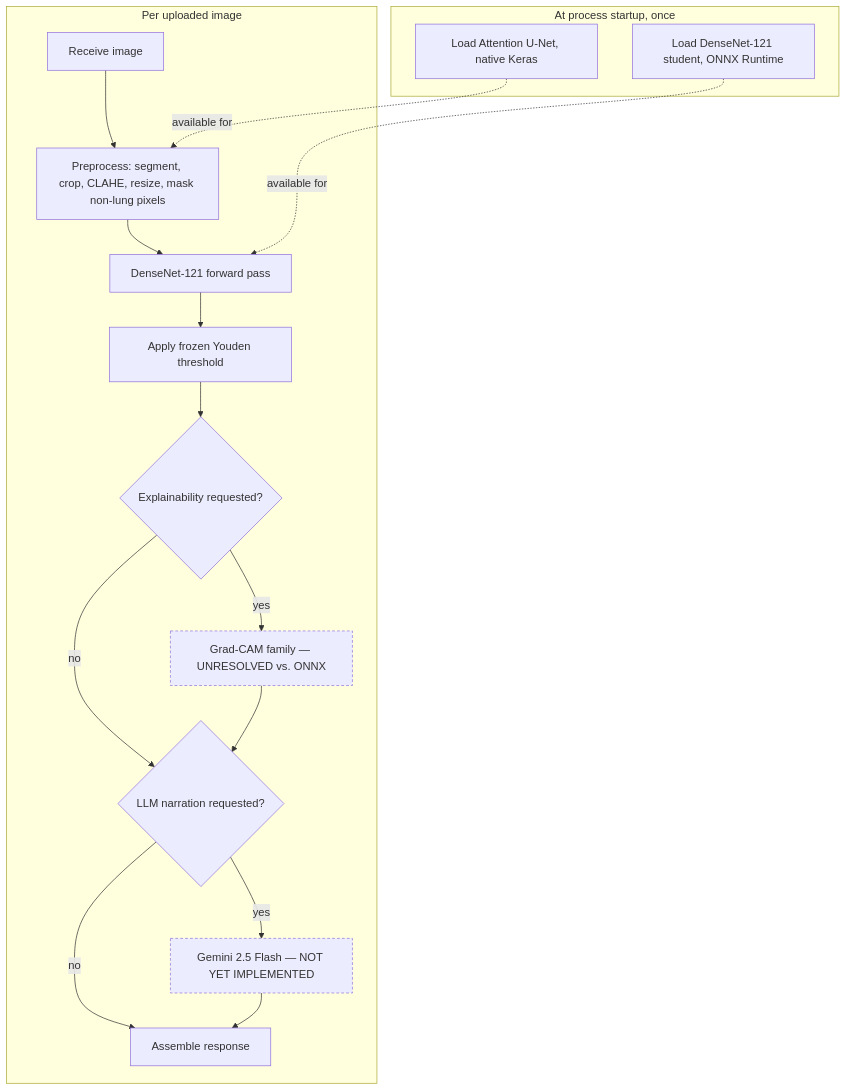
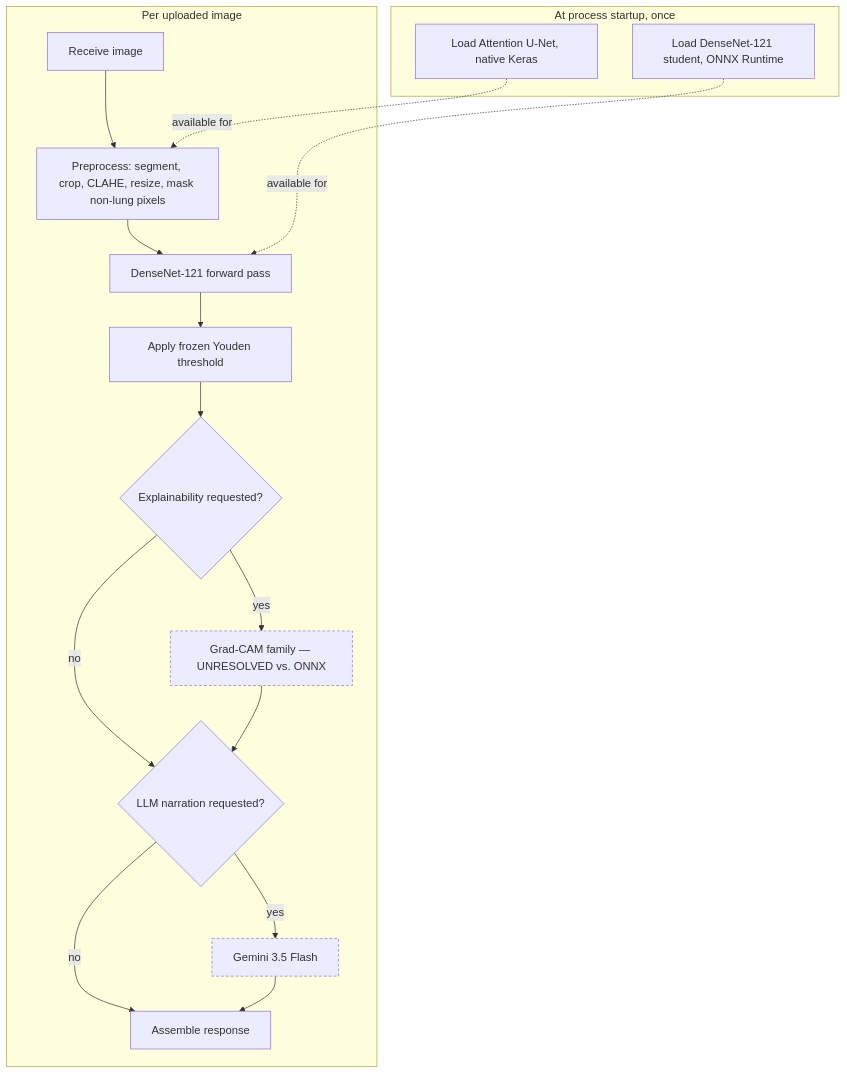
Before and after one commit to SoujanyaDasRoy/Nirik: the fourth of 6 diagrams in docs/architecture.md, drawn with Mermaid. The commit also changed other lines of this file, not shown here.

Commit message:
Update ARCHITECTURE.md: replace Gemini 2.5 Flash references with Gemini 3.5 Flash and mark LLM as implemented

````diff
--- a/docs/architecture.md
+++ b/docs/architecture.md
@@ -331,26 +331,26 @@
 ```mermaid
 flowchart TD
     subgraph STARTUP["At process startup, once"]
         L1[Load DenseNet-121 student, ONNX Runtime]
         L2[Load Attention U-Net, native Keras]
     end
 
     subgraph REQUEST["Per uploaded image"]
         R1[Receive image] --> R2[Preprocess: segment, crop, CLAHE, resize, mask non-lung pixels]
         R2 --> R3[DenseNet-121 forward pass]
         R3 --> R4["Apply frozen Youden threshold"]
         R4 --> R5{"Explainability requested?"}
         R5 -- yes --> R6["Grad-CAM family — UNRESOLVED vs. ONNX"]
         R5 -- no --> R7
         R6 --> R7{"LLM narration requested?"}
-        R7 -- yes --> R8["Gemini 2.5 Flash — NOT YET IMPLEMENTED"]
+        R7 -- yes --> R8["Gemini 3.5 Flash"]
         R7 -- no --> R9[Assemble response]
         R8 --> R9
     end
 
     L1 -.available for.-> R3
     L2 -.available for.-> R2
 
     classDef notdef stroke-dasharray: 4 3
     class R6,R8 notdef
 ```
````
